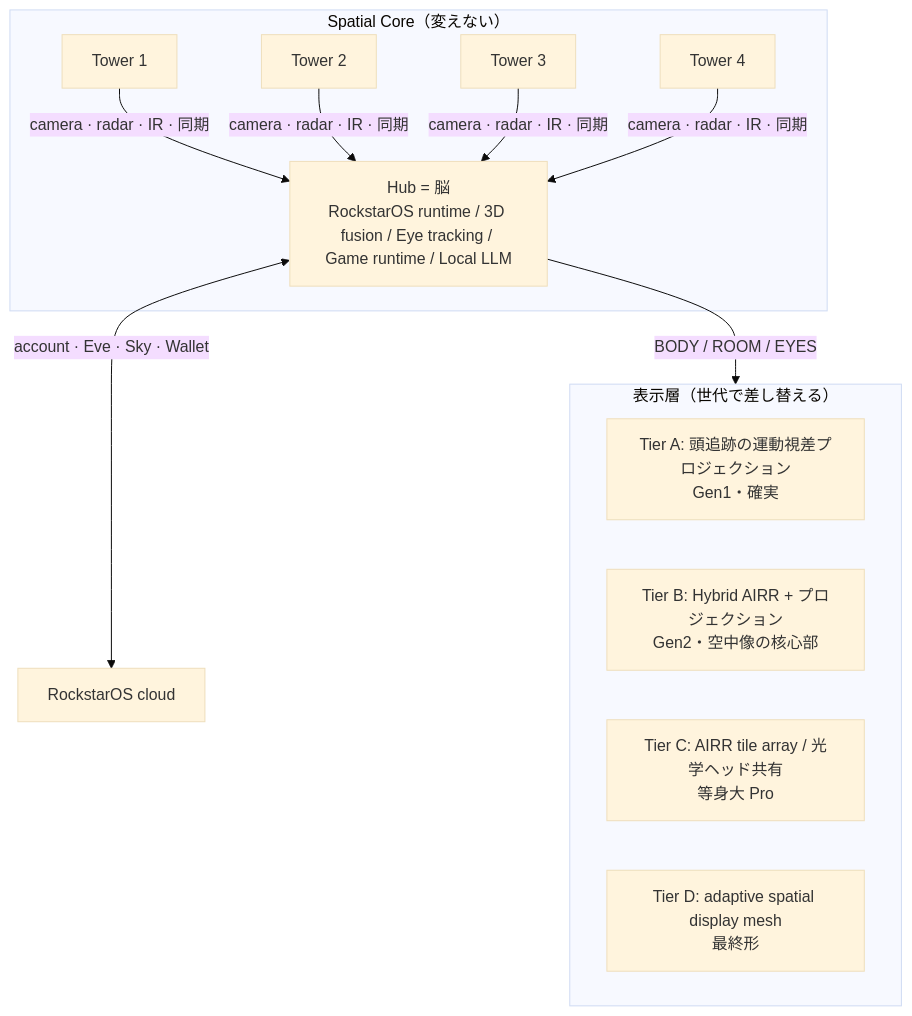
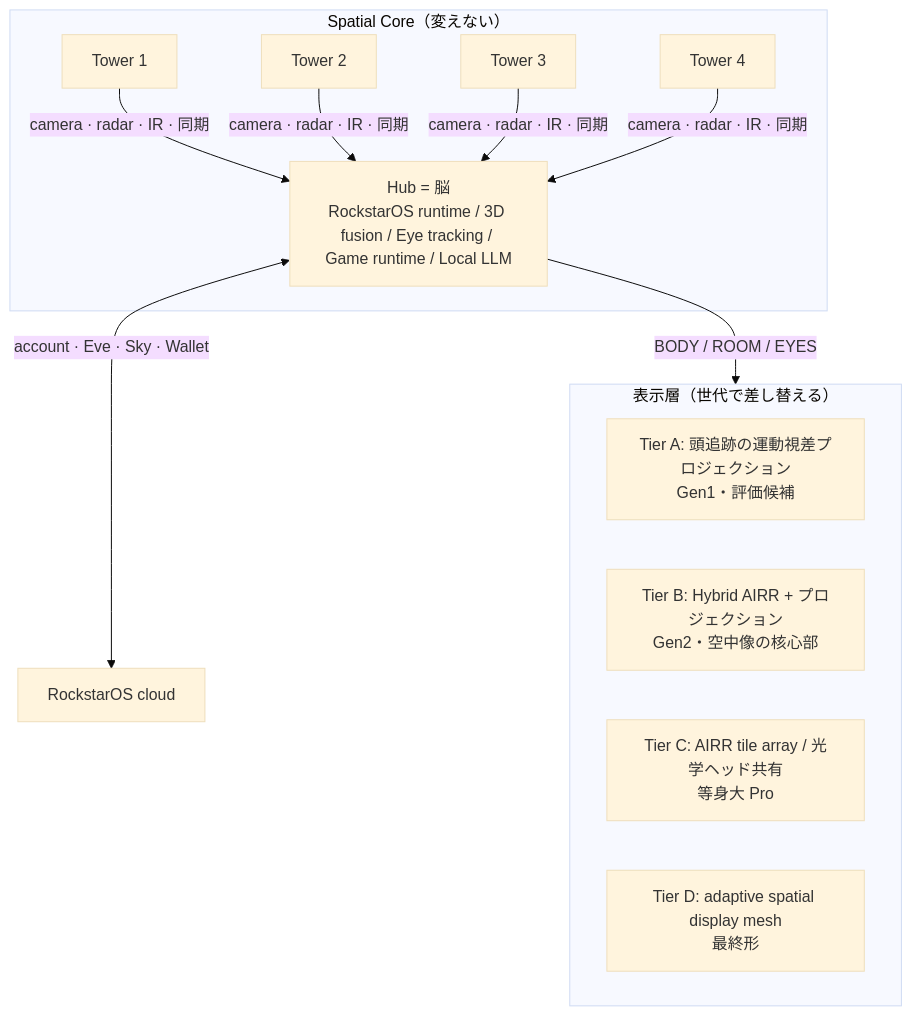
One commit to k999ln/rock changed the diagram in docs/structure/01-mii.md. Above: the diagram before and after it, drawn with Mermaid (base theme). The commit also changed other lines of this file and 28 other files, not shown here.

````diff
--- a/docs/structure/01-mii.md
+++ b/docs/structure/01-mii.md
@@ -16,16 +16,16 @@
 ```mermaid
 flowchart TB
   subgraph CORE[Spatial Core（変えない）]
     T1[Tower 1]; T2[Tower 2]; T3[Tower 3]; T4[Tower 4]
     HUB[Hub = 脳<br/>RockstarOS runtime / 3D fusion / Eye tracking / Game runtime / Local LLM]
     T1 & T2 & T3 & T4 -->|camera · radar · IR · 同期| HUB
   end
   subgraph DISP[表示層（世代で差し替える）]
-    D7[Tier A: 頭追跡の運動視差プロジェクション<br/>Gen1・確実]
+    D7[Tier A: 頭追跡の運動視差プロジェクション<br/>Gen1・評価候補]
     D8[Tier B: Hybrid AIRR + プロジェクション<br/>Gen2・空中像の核心部]
     D2[Tier C: AIRR tile array / 光学ヘッド共有<br/>等身大 Pro]
     D10[Tier D: adaptive spatial display mesh<br/>最終形]
   end
   HUB -->|BODY / ROOM / EYES| DISP
   HUB <-->|account · Eve · Sky · Wallet| CLOUD[RockstarOS cloud]
 ```
````
